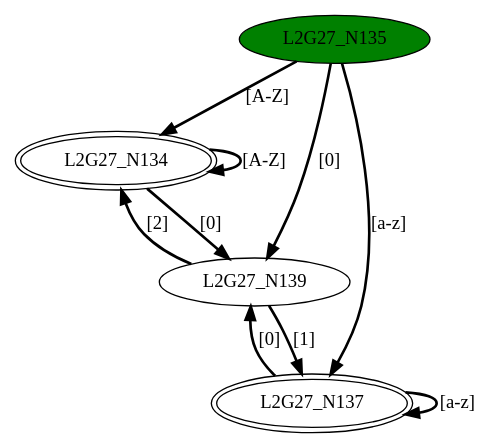
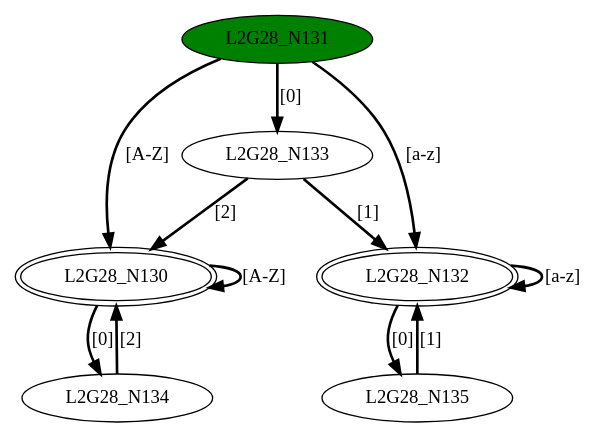
The diagram in DFASimulator/Testbench/minimizedDFA2.dot (GDimitroulakos/EDUFLEX), drawn with Graphviz before and after one commit. The commit also changed 13 other files, not shown here.

```diff
--- a/DFASimulator/Testbench/minimizedDFA2.dot
+++ b/DFASimulator/Testbench/minimizedDFA2.dot
@@ -1,15 +1,19 @@
-digraph G27{
-"L2G27_N134" [peripheries=2];
-"L2G27_N135" [style=filled,fillcolor=green];
-"L2G27_N137" [peripheries=2];
-"L2G27_N139";
-"L2G27_N134"->"L2G27_N134" [style = bold, label = "[A-Z]"];
-"L2G27_N134"->"L2G27_N139" [style = bold, label = "[0]"];
-"L2G27_N135"->"L2G27_N134" [style = bold, label = "[A-Z]"];
-"L2G27_N135"->"L2G27_N137" [style = bold, label = "[a-z]"];
-"L2G27_N135"->"L2G27_N139" [style = bold, label = "[0]"];
-"L2G27_N137"->"L2G27_N137" [style = bold, label = "[a-z]"];
-"L2G27_N137"->"L2G27_N139" [style = bold, label = "[0]"];
-"L2G27_N139"->"L2G27_N134" [style = bold, label = "[2]"];
-"L2G27_N139"->"L2G27_N137" [style = bold, label = "[1]"];
+digraph G28{
+"L2G28_N130" [peripheries=2];
+"L2G28_N131" [style=filled,fillcolor=green];
+"L2G28_N132" [peripheries=2];
+"L2G28_N133";
+"L2G28_N134";
+"L2G28_N135";
+"L2G28_N130"->"L2G28_N130" [style = bold, label = "[A-Z]"];
+"L2G28_N130"->"L2G28_N134" [style = bold, label = "[0]"];
+"L2G28_N131"->"L2G28_N130" [style = bold, label = "[A-Z]"];
+"L2G28_N131"->"L2G28_N132" [style = bold, label = "[a-z]"];
+"L2G28_N131"->"L2G28_N133" [style = bold, label = "[0]"];
+"L2G28_N132"->"L2G28_N132" [style = bold, label = "[a-z]"];
+"L2G28_N132"->"L2G28_N135" [style = bold, label = "[0]"];
+"L2G28_N133"->"L2G28_N130" [style = bold, label = "[2]"];
+"L2G28_N133"->"L2G28_N132" [style = bold, label = "[1]"];
+"L2G28_N134"->"L2G28_N130" [style = bold, label = "[2]"];
+"L2G28_N135"->"L2G28_N132" [style = bold, label = "[1]"];
 }
```
